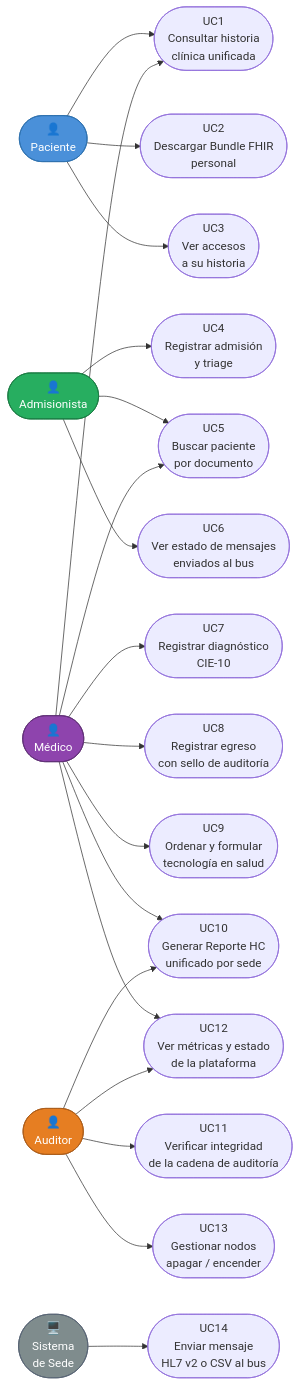
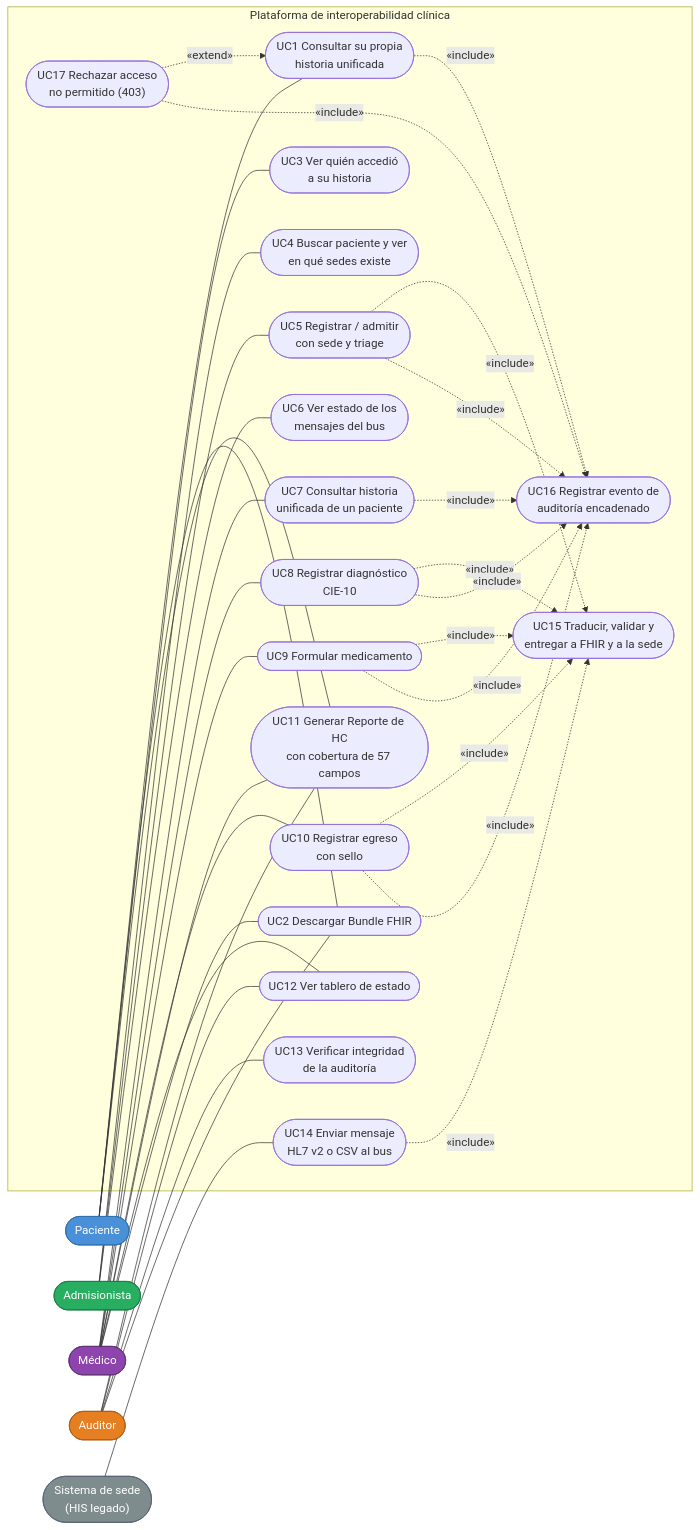
Before and after one commit to jose18000/Parcial-Final-Sistemas-Distribuidos-Plataforma-de-Interoperabilidad-en-Salud: the diagram in docs/fase1/diagramas/01_casos_uso.md, drawn with Mermaid. The commit also changed other lines of this file and 69 other files, not shown here.

````diff
--- a/docs/fase1/diagramas/01_casos_uso.md
+++ b/docs/fase1/diagramas/01_casos_uso.md
@@ -18,52 +23,72 @@
 ```mermaid
 flowchart LR
-    PA(["👤\nPaciente"])
-    AD(["👤\nAdmisionista"])
-    ME(["👤\nMédico"])
-    AU(["👤\nAuditor"])
-    SS(["🖥️\nSistema\nde Sede"])
+    PA(["Paciente"])
+    AD(["Admisionista"])
+    ME(["Médico"])
+    AU(["Auditor"])
+    SS(["Sistema de sede<br/>(HIS legado)"])
 
-    UC1(["UC1\nConsultar historia\nclínica unificada"])
-    UC2(["UC2\nDescargar Bundle FHIR\npersonal"])
-    UC3(["UC3\nVer accesos\na su historia"])
-    UC4(["UC4\nRegistrar admisión\ny triage"])
-    UC5(["UC5\nBuscar paciente\npor documento"])
-    UC6(["UC6\nVer estado de mensajes\nenviados al bus"])
-    UC7(["UC7\nRegistrar diagnóstico\nCIE-10"])
-    UC8(["UC8\nRegistrar egreso\ncon sello de auditoría"])
-    UC9(["UC9\nOrdenar y formular\ntecnología en salud"])
-    UC10(["UC10\nGenerar Reporte HC\nunificado por sede"])
-    UC11(["UC11\nVerificar integridad\nde la cadena de auditoría"])
-    UC12(["UC12\nVer métricas y estado\nde la plataforma"])
-    UC13(["UC13\nGestionar nodos\napagar / encender"])
-    UC14(["UC14\nEnviar mensaje\nHL7 v2 o CSV al bus"])
+    subgraph PLATAFORMA["Plataforma de interoperabilidad clínica"]
+        UC1(["UC1 Consultar su propia<br/>historia unificada"])
+        UC2(["UC2 Descargar Bundle FHIR"])
+        UC3(["UC3 Ver quién accedió<br/>a su historia"])
+        UC4(["UC4 Buscar paciente y ver<br/>en qué sedes existe"])
+        UC5(["UC5 Registrar / admitir<br/>con sede y triage"])
+        UC6(["UC6 Ver estado de los<br/>mensajes del bus"])
+        UC7(["UC7 Consultar historia<br/>unificada de un paciente"])
+        UC8(["UC8 Registrar diagnóstico<br/>CIE-10"])
+        UC9(["UC9 Formular medicamento"])
+        UC10(["UC10 Registrar egreso<br/>con sello"])
+        UC11(["UC11 Generar Reporte de HC<br/>con cobertura de 57 campos"])
+        UC12(["UC12 Ver tablero de estado"])
+        UC13(["UC13 Verificar integridad<br/>de la auditoría"])
+        UC14(["UC14 Enviar mensaje<br/>HL7 v2 o CSV al bus"])
+        UC15(["UC15 Traducir, validar y<br/>entregar a FHIR y a la sede"])
+        UC16(["UC16 Registrar evento de<br/>auditoría encadenado"])
+        UC17(["UC17 Rechazar acceso<br/>no permitido (403)"])
+    end
 
-    PA --> UC1
-    PA --> UC2
-    PA --> UC3
+    PA --- UC1
+    PA --- UC2
+    PA --- UC3
+    PA --- UC11
 
-    AD --> UC4
-    AD --> UC5
-    AD --> UC6
+    AD --- UC4
+    AD --- UC5
+    AD --- UC6
 
-    ME --> UC1
-    ME --> UC5
-    ME --> UC7
-    ME --> UC8
-    ME --> UC9
-    ME --> UC10
-    ME --> UC12
+    ME --- UC7
+    ME --- UC8
+    ME --- UC9
+    ME --- UC10
+    ME --- UC11
+    ME --- UC12
+    ME --- UC2
 
-    AU --> UC10
-    AU --> UC11
-    AU --> UC12
-    AU --> UC13
+    AU --- UC11
+    AU --- UC12
+    AU --- UC13
+    AU --- UC2
 
-    SS --> UC14
+    SS --- UC14
+
+    UC14 -.->|«include»| UC15
+    UC5 -.->|«include»| UC15
+    UC8 -.->|«include»| UC15
+    UC9 -.->|«include»| UC15
+    UC10 -.->|«include»| UC15
+    UC5 -.->|«include»| UC16
+    UC8 -.->|«include»| UC16
+    UC9 -.->|«include»| UC16
+    UC10 -.->|«include»| UC16
+    UC1 -.->|«include»| UC16
+    UC7 -.->|«include»| UC16
+    UC17 -.->|«extend»| UC1
+    UC17 -.->|«include»| UC16
 
     style PA fill:#4A90D9,color:#fff,stroke:#2c6fad
     style AD fill:#27AE60,color:#fff,stroke:#1a7a42
     style ME fill:#8E44AD,color:#fff,stroke:#5d2d73
     style AU fill:#E67E22,color:#fff,stroke:#a85a18
     style SS fill:#7F8C8D,color:#fff,stroke:#566273
 ```
````
